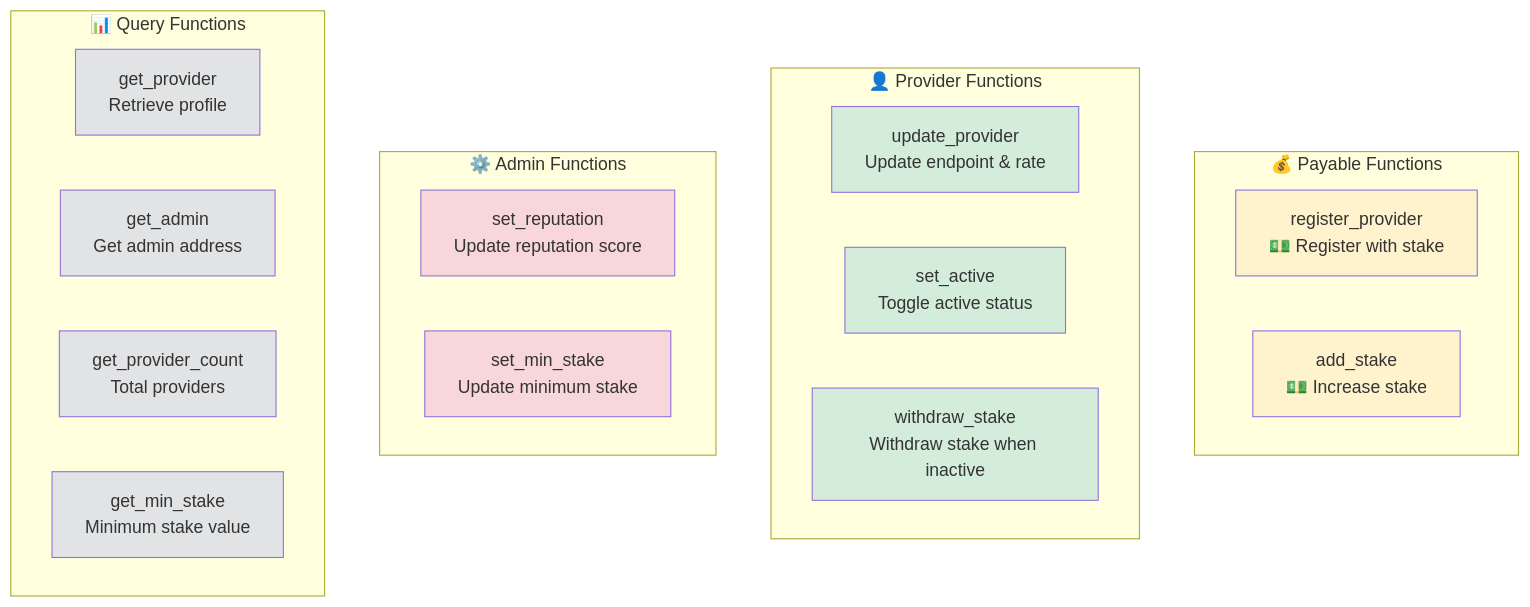
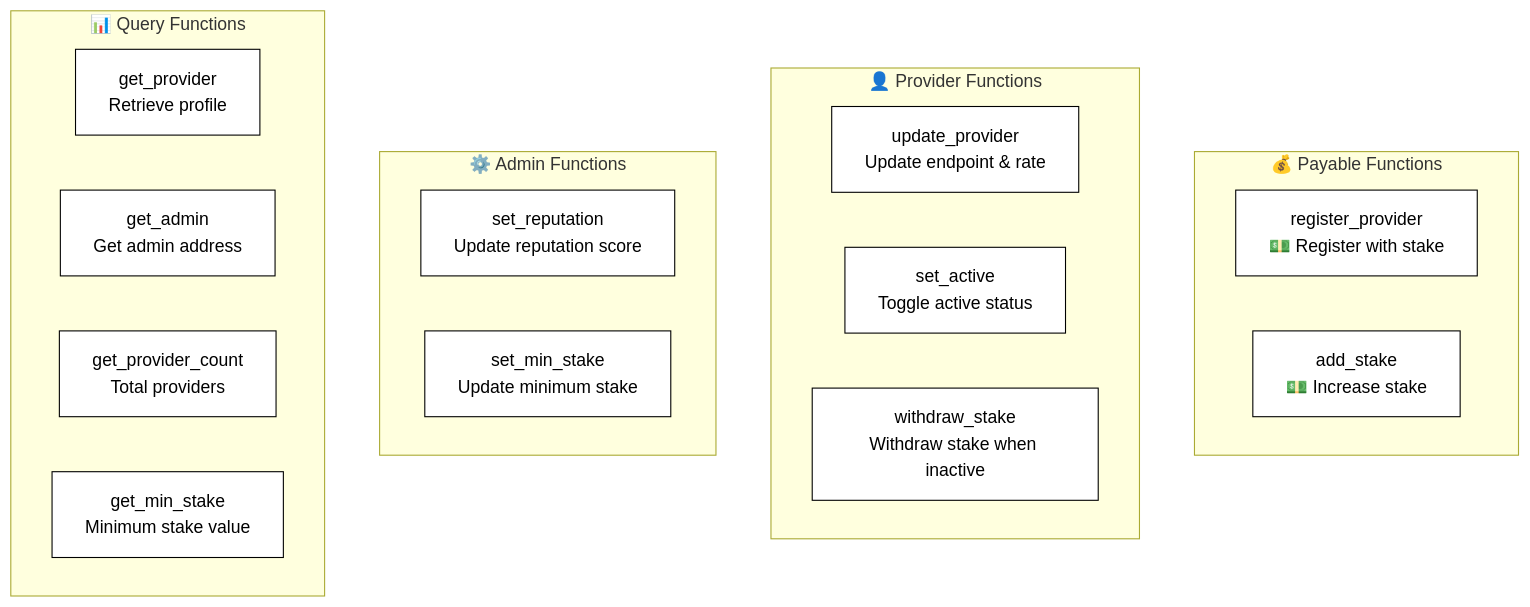
The second of 17 diagrams in compute_provider_registry/README.md (PolkaMesh/PolkaMesh-Contracts), drawn with Mermaid before and after one commit. The commit also changed other lines of this file and 4 other files, not shown here.

````diff
--- a/compute_provider_registry/README.md
+++ b/compute_provider_registry/README.md
@@ -23,37 +23,37 @@
 ```mermaid
 graph TB
     subgraph "💰 Payable Functions"
         A1[register_provider<br/>💵 Register with stake]
         A2[add_stake<br/>💵 Increase stake]
     end
 
     subgraph "👤 Provider Functions"
         B1[update_provider<br/>Update endpoint & rate]
         B2[set_active<br/>Toggle active status]
         B3[withdraw_stake<br/>Withdraw stake when inactive]
     end
 
     subgraph "⚙️ Admin Functions"
         C1[set_reputation<br/>Update reputation score]
         C2[set_min_stake<br/>Update minimum stake]
     end
 
     subgraph "📊 Query Functions"
         D1[get_provider<br/>Retrieve profile]
         D2[get_admin<br/>Get admin address]
         D3[get_provider_count<br/>Total providers]
         D4[get_min_stake<br/>Minimum stake value]
     end
 
-    style A1 fill:#fff3cd
-    style A2 fill:#fff3cd
-    style B1 fill:#d4edda
-    style B2 fill:#d4edda
-    style B3 fill:#d4edda
-    style C1 fill:#f8d7da
-    style C2 fill:#f8d7da
-    style D1 fill:#e2e3e5
-    style D2 fill:#e2e3e5
-    style D3 fill:#e2e3e5
-    style D4 fill:#e2e3e5
+    style A1 fill:#ffffff,stroke:#000000,color:#000000
+    style A2 fill:#ffffff,stroke:#000000,color:#000000
+    style B1 fill:#ffffff,stroke:#000000,color:#000000
+    style B2 fill:#ffffff,stroke:#000000,color:#000000
+    style B3 fill:#ffffff,stroke:#000000,color:#000000
+    style C1 fill:#ffffff,stroke:#000000,color:#000000
+    style C2 fill:#ffffff,stroke:#000000,color:#000000
+    style D1 fill:#ffffff,stroke:#000000,color:#000000
+    style D2 fill:#ffffff,stroke:#000000,color:#000000
+    style D3 fill:#ffffff,stroke:#000000,color:#000000
+    style D4 fill:#ffffff,stroke:#000000,color:#000000
 ```
````
